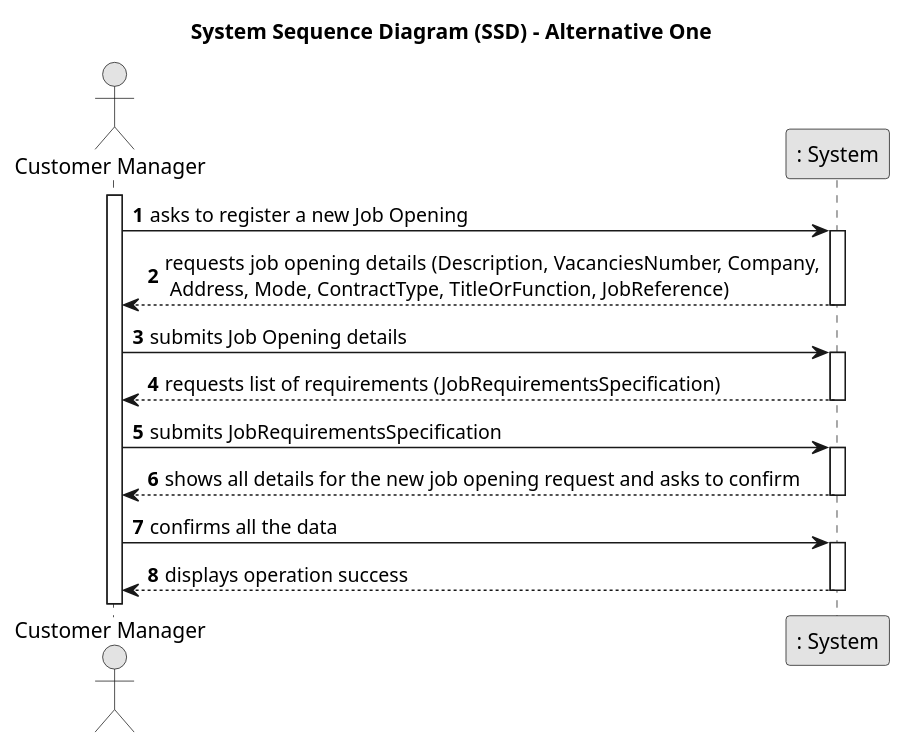
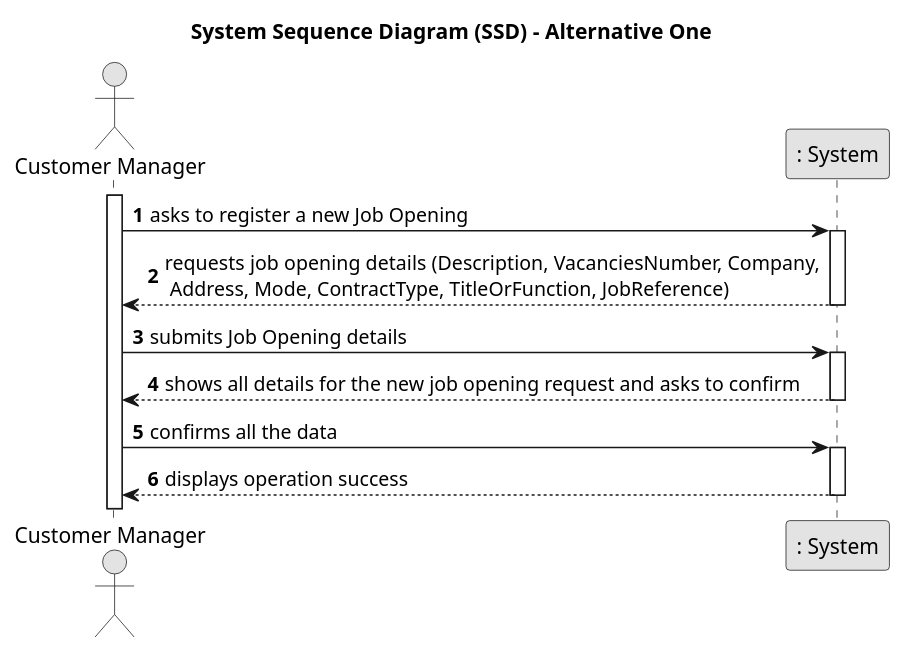
The diagram in docs/SprintB/1002/1002-system-sequence-diagram.puml (MiguelCardoso77/LAPR4), drawn with PlantUML before and after one commit. The commit also changed 1 other file, not shown here.

Commit message:
#10 system sequence diagram

```diff
--- a/docs/SprintB/1002/1002-system-sequence-diagram.puml
+++ b/docs/SprintB/1002/1002-system-sequence-diagram.puml
@@ -1,39 +1,33 @@
 @startuml
 skinparam monochrome true
 skinparam packageStyle rectangle
 skinparam shadowing false
 
 title System Sequence Diagram (SSD) - Alternative One
 
 autonumber
 
 actor "Customer Manager" as CM
 participant ": System" as System
 
 activate CM    
 
     CM -> System : asks to register a new Job Opening
     activate System
 
        System --> CM : requests job opening details (Description, VacanciesNumber, Company,\n Address, Mode, ContractType, TitleOrFunction, JobReference)
     deactivate System
 
     CM -> System : submits Job Opening details
     activate System
 
-        System --> CM : requests list of requirements (JobRequirementsSpecification)
-    deactivate System
-
-    CM -> System : submits JobRequirementsSpecification
-    activate System
-
         System --> CM : shows all details for the new job opening request and asks to confirm
     deactivate System
 
     CM -> System : confirms all the data
     activate System
 
         System --> CM : displays operation success
         deactivate System
 
 @enduml
```
